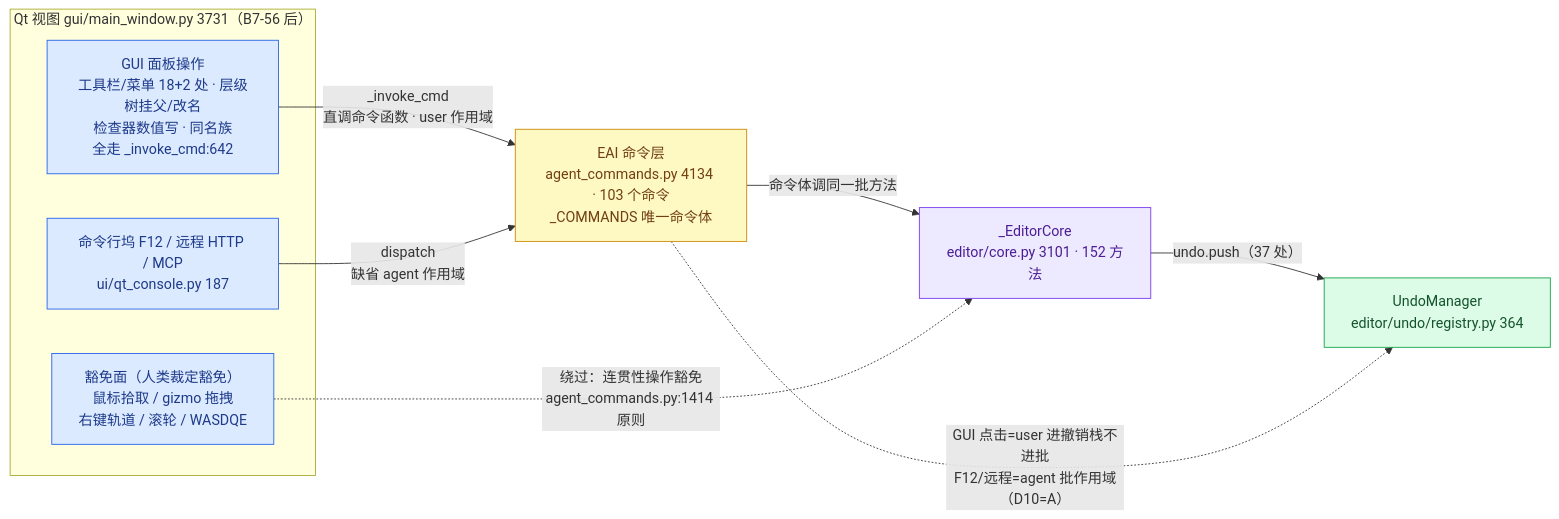
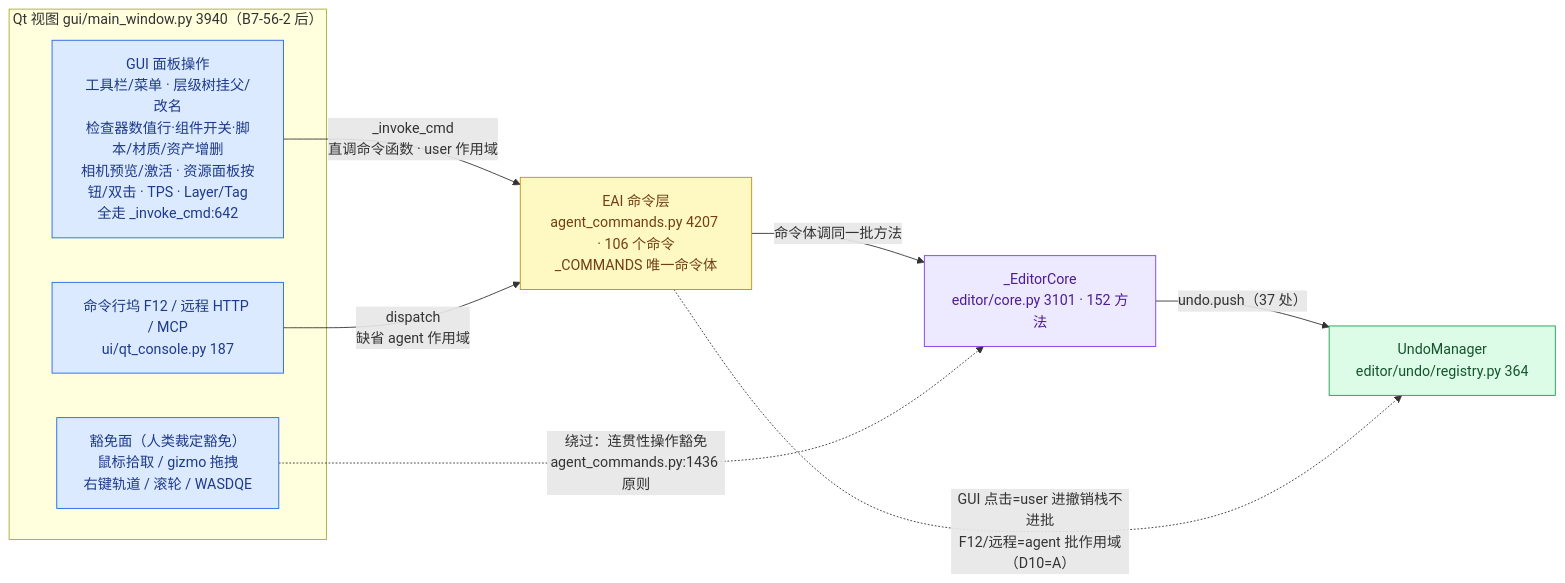
Before and after one commit to lhy302/WeaveEngine: diagram 17 of 23 in ARCHITECTURE.md, drawn with Mermaid. The commit also changed other lines of this file and 2 other files, not shown here.

First line of the commit message:
B7-56 Q-B7-56-1 扫尾批 B7-56-2 (2/2): 架构图/横幅/门数按本批完成态刷新 + 台账注记 + impl 报告 P2-2 更正注记 (终审 P1-2 + P1-3)

````diff
--- a/ARCHITECTURE.md
+++ b/ARCHITECTURE.md
@@ -973,21 +983,21 @@
 ```mermaid
 flowchart LR
-  subgraph GUIL["Qt 视图 gui/main_window.py 3731（B7-56 后）"]
-    G1["GUI 面板操作<br/>工具栏/菜单 18+2 处 · 层级树挂父/改名<br/>检查器数值写 · 同名族<br/>全走 _invoke_cmd:642"]:::gui
+  subgraph GUIL["Qt 视图 gui/main_window.py 3940（B7-56-2 后）"]
+    G1["GUI 面板操作<br/>工具栏/菜单 · 层级树挂父/改名<br/>检查器数值行·组件开关·脚本/材质/资产增删<br/>相机预览/激活 · 资源面板按钮/双击 · TPS · Layer/Tag<br/>全走 _invoke_cmd:642"]:::gui
     G2["豁免面（人类裁定豁免）<br/>鼠标拾取 / gizmo 拖拽<br/>右键轨道 / 滚轮 / WASDQE"]:::gui
     G3["命令行坞 F12 / 远程 HTTP / MCP<br/>ui/qt_console.py 187"]:::gui
   end
-  E["EAI 命令层<br/>agent_commands.py 4134 · 103 个命令<br/>_COMMANDS 唯一命令体"]:::eai
+  E["EAI 命令层<br/>agent_commands.py 4207 · 106 个命令<br/>_COMMANDS 唯一命令体"]:::eai
   A["_EditorCore<br/>editor/core.py 3101 · 152 方法"]:::facade
   U["UndoManager<br/>editor/undo/registry.py 364"]:::undo
   G1 -->|_invoke_cmd<br/>直调命令函数 · user 作用域| E
   G3 -->|dispatch<br/>缺省 agent 作用域| E
   E -->|命令体调同一批方法| A
-  G2 -.->|绕过：连贯性操作豁免<br/>agent_commands.py:1414 原则| A
+  G2 -.->|绕过：连贯性操作豁免<br/>agent_commands.py:1436 原则| A
   A -->|undo.push（37 处）| U
   E -.->|GUI 点击=user 进撤销栈不进批<br/>F12/远程=agent 批作用域（D10=A）| U
   classDef gui fill:#dbeafe,stroke:#2563eb,color:#1e3a8a
   classDef eai fill:#fef9c3,stroke:#ca8a04,color:#713f12
   classDef facade fill:#ede9fe,stroke:#7c3aed,color:#4c1d95
   classDef undo fill:#dcfce7,stroke:#16a34a,color:#14532d
 ```
````
